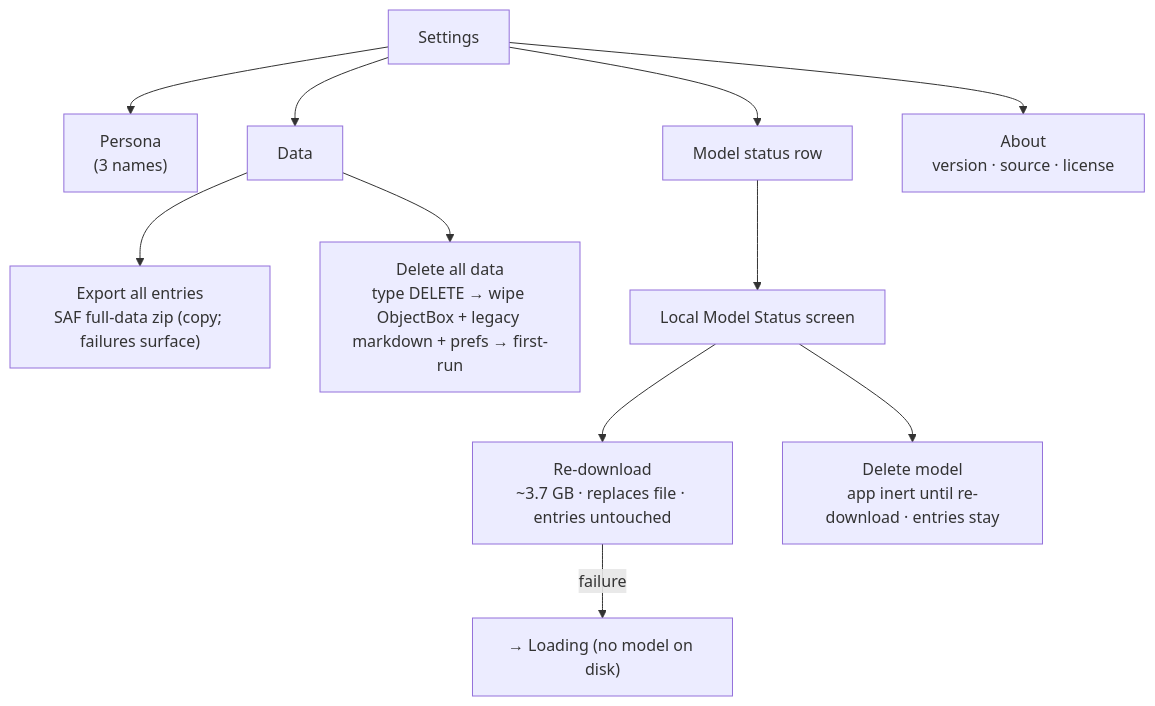
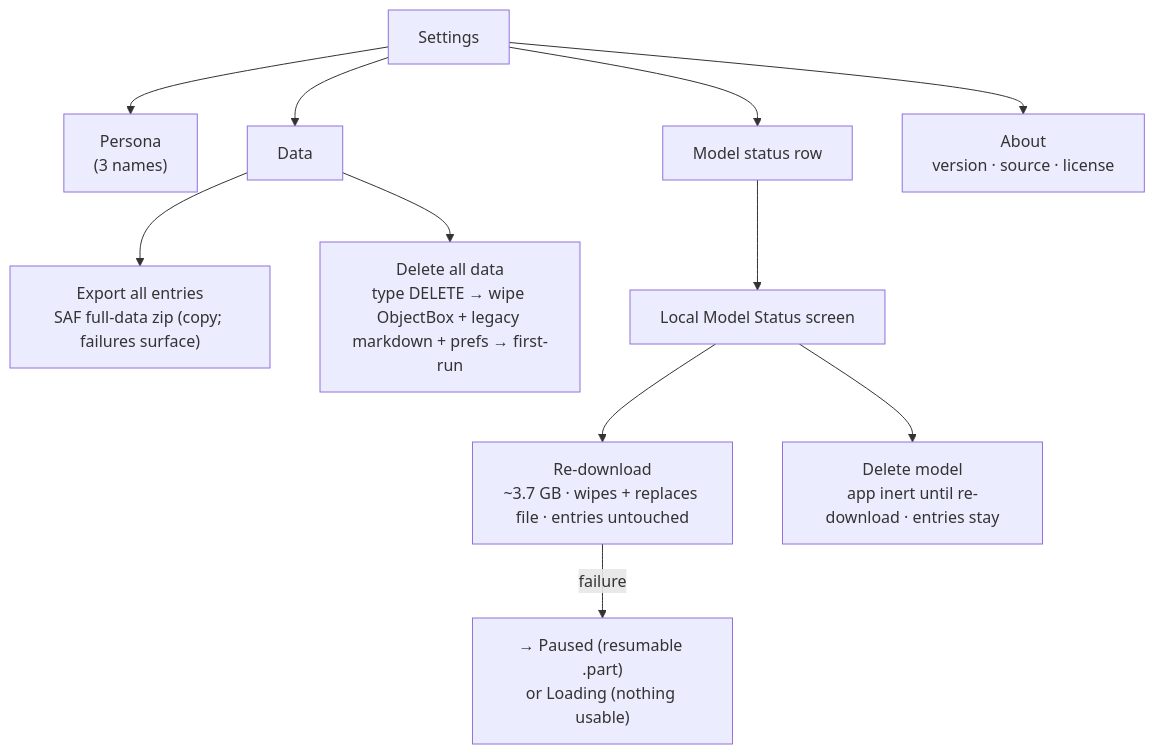
The fifth of 6 diagrams in docs/diagrams/user-flows.md (anchildress1/vestige), drawn with Mermaid before and after one commit. The commit also changed other lines of this file and 19 other files, not shown here.

First line of the commit message:
docs: align diagram atlas, stories, README & spec docs to implementation (#62)

````diff
--- a/docs/diagrams/user-flows.md
+++ b/docs/diagrams/user-flows.md
@@ -95,18 +103,18 @@
 ```mermaid
 flowchart TD
     accTitle: Settings sections and model lifecycle
     accDescr: Settings has Persona, Data, Model, and About sections. Export writes a SAF zip of generated entry markdown plus a stored-data JSON snapshot as a copy. Delete all data requires typing DELETE then wipes ObjectBox, legacy markdown sidecars, and onboarding prefs and returns to first run. The Model row opens Model Status where Re-download and Delete live; re-download replaces the file with entries untouched, a failed re-download falls back to Loading.
 
     SET["Settings"] --> PER["Persona<br/>(3 names)"]
     SET --> DATA["Data"]
     SET --> MOD["Model status row"]
     SET --> ABT["About<br/>version · source · license"]
 
     DATA --> EXP["Export all entries<br/>SAF full-data zip (copy; failures surface)"]
     DATA --> WIPE["Delete all data<br/>type DELETE → wipe ObjectBox + legacy markdown + prefs → first-run"]
 
     MOD --> MS["Local Model Status screen"]
-    MS --> RDL["Re-download<br/>~3.7 GB · replaces file · entries untouched"]
+    MS --> RDL["Re-download<br/>~3.7 GB · wipes + replaces file · entries untouched"]
     MS --> DEL["Delete model<br/>app inert until re-download · entries stay"]
-    RDL -- "failure" --> LOAD["→ Loading (no model on disk)"]
+    RDL -- "failure" --> LOAD["→ Paused (resumable .part)<br/>or Loading (nothing usable)"]
 ```
````
